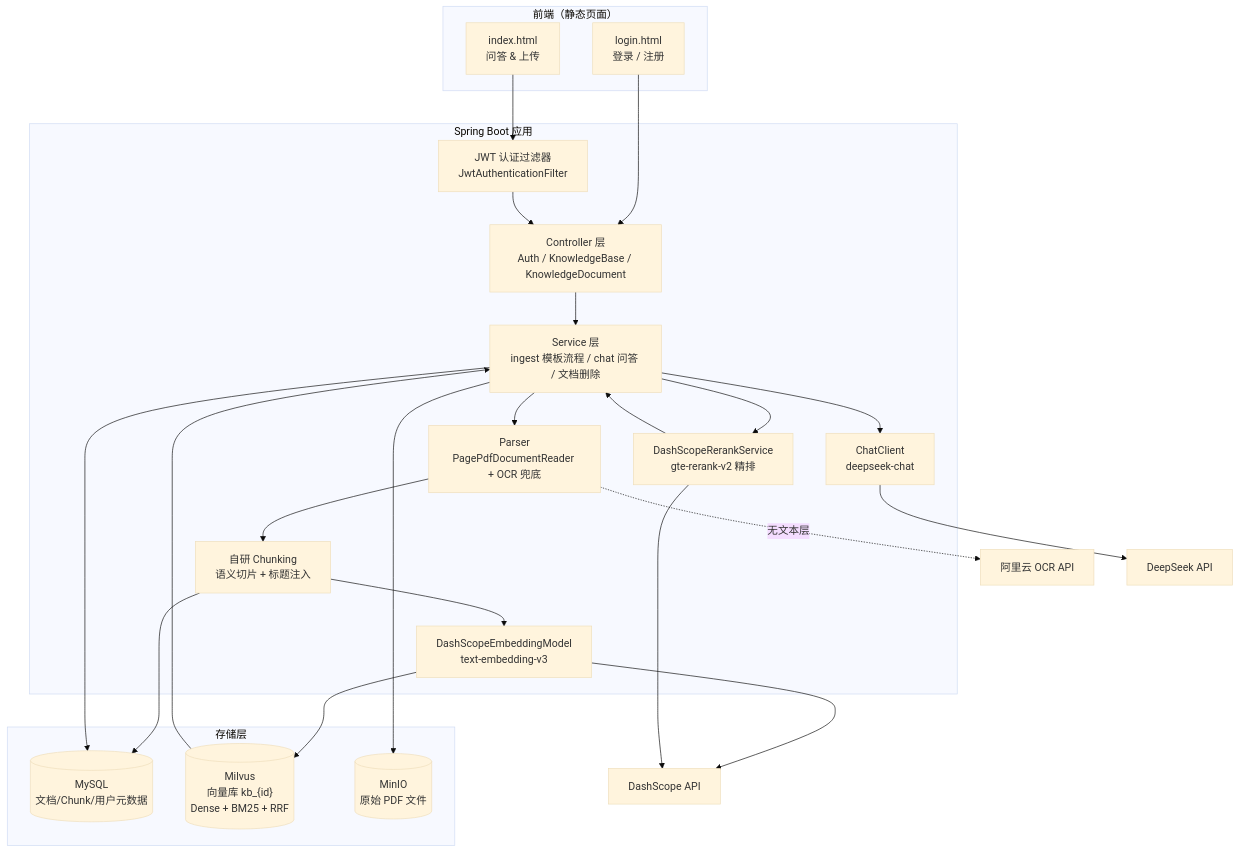
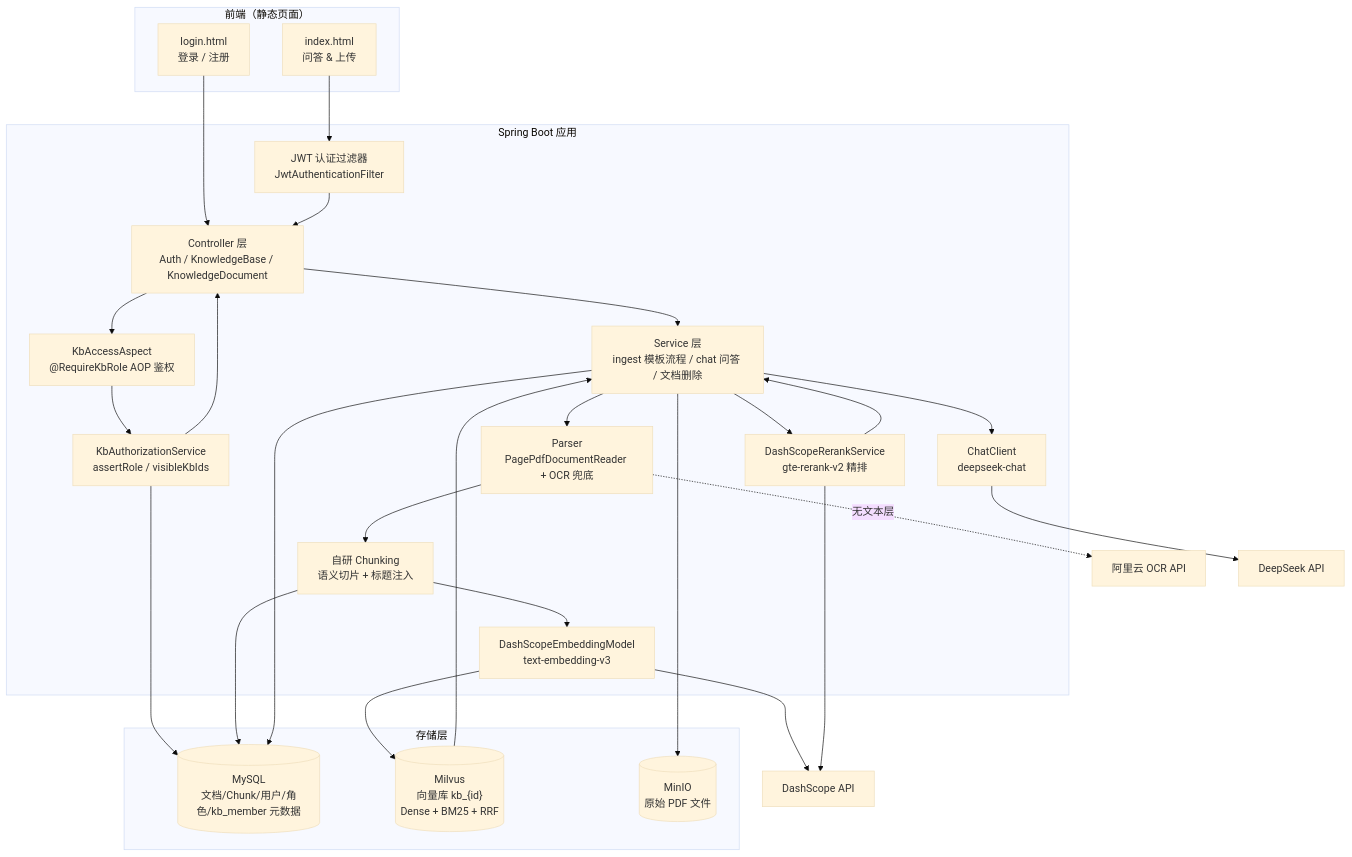
Before and after one commit to wjklovemmy/spring-ai-rag-demo: the diagram in README.md, drawn with Mermaid (base theme). The commit also changed other lines of this file and 36 other files, not shown here.

````diff
--- a/README.md
+++ b/README.md
@@ -48,43 +48,47 @@
 ```mermaid
 graph TB
     subgraph Frontend["前端（静态页面）"]
         LOGIN["login.html<br/>登录 / 注册"]
         INDEX["index.html<br/>问答 & 上传"]
     end
 
     subgraph Backend["Spring Boot 应用"]
         CTRL["Controller 层<br/>Auth / KnowledgeBase / KnowledgeDocument"]
         AUTH["JWT 认证过滤器<br/>JwtAuthenticationFilter"]
+        ASPECT["KbAccessAspect<br/>@RequireKbRole AOP 鉴权"]
+        AUTHZ["KbAuthorizationService<br/>assertRole / visibleKbIds"]
         SVC["Service 层<br/>ingest 模板流程 / chat 问答 / 文档删除"]
         PARSER["Parser<br/>PagePdfDocumentReader + OCR 兜底"]
         SPLIT["自研 Chunking<br/>语义切片 + 标题注入"]
         EMBED["DashScopeEmbeddingModel<br/>text-embedding-v3"]
         RERANK["DashScopeRerankService<br/>gte-rerank-v2 精排"]
         CHAT["ChatClient<br/>deepseek-chat"]
     end
 
     subgraph Storage["存储层"]
-        MYSQL[("MySQL<br/>文档/Chunk/用户元数据")]
+        MYSQL[("MySQL<br/>文档/Chunk/用户/角色/kb_member 元数据")]
         MILVUS[("Milvus<br/>向量库 kb_{id}<br/>Dense + BM25 + RRF")]
         MINIO[("MinIO<br/>原始 PDF 文件")]
     end
 
     OCRSVC["阿里云 OCR API"]
     AI["DeepSeek API"]
     DS["DashScope API"]
 
     LOGIN --> CTRL
     INDEX --> AUTH --> CTRL
+    CTRL --> ASPECT --> AUTHZ --> MYSQL
+    AUTHZ --> CTRL
     CTRL --> SVC
     SVC --> PARSER --> SPLIT
     PARSER -.无文本层.-> OCRSVC
     SPLIT --> MYSQL
     SPLIT --> EMBED --> DS
     EMBED --> MILVUS
     SVC --> CHAT --> AI
     MILVUS --> SVC
     SVC --> RERANK --> DS
     RERANK --> SVC
     SVC --> MINIO
     SVC --> MYSQL
 ```
````
